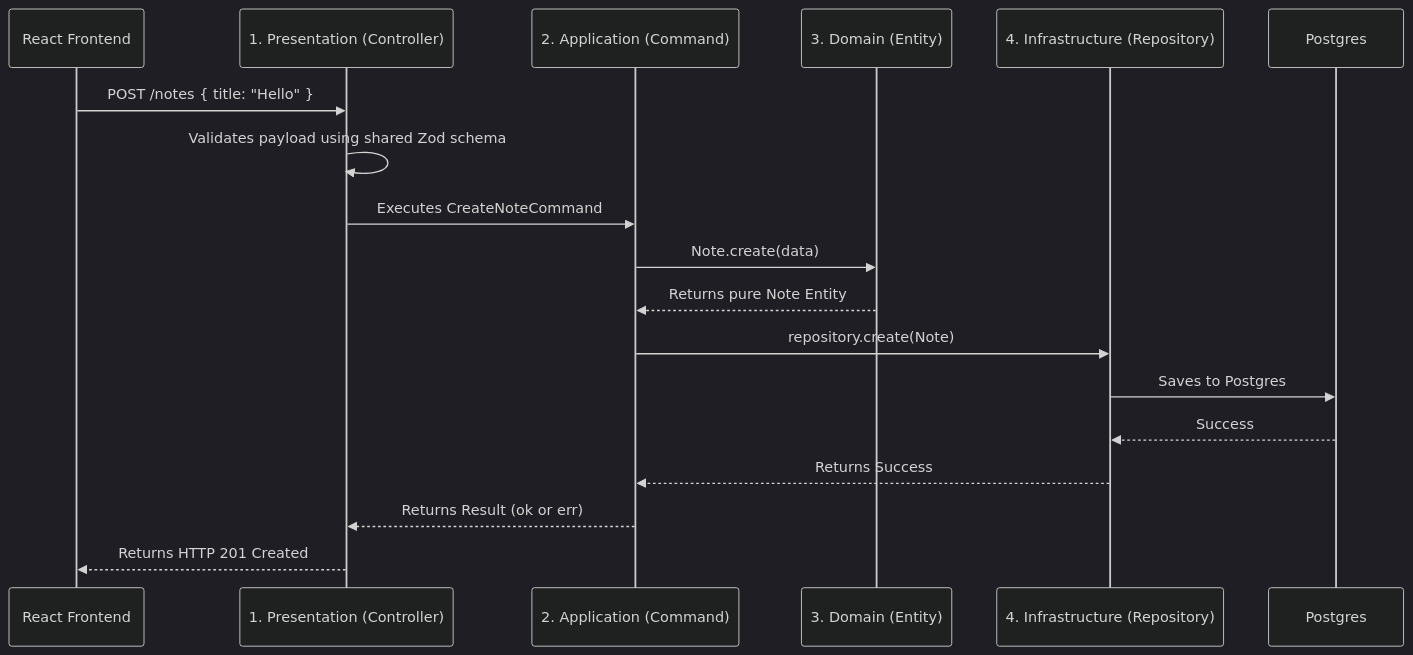
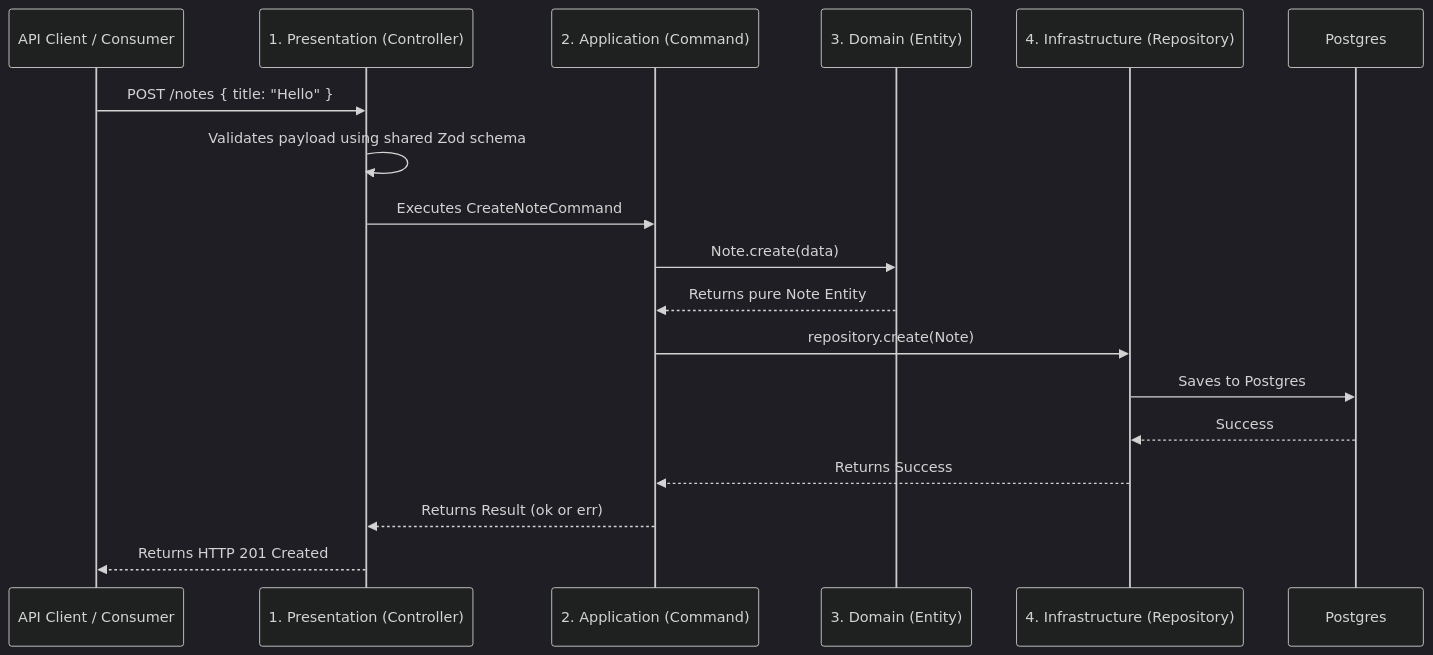
The third of 3 diagrams in ARCHITECTURE.md (ihssmaheel-dev/modular-monolith-architecture), drawn with Mermaid (dark theme) before and after one commit. The commit also changed other lines of this file and 91 other files, not shown here.

Commit message:
docs: update documentation to reflect modular backend architecture

````diff
--- a/ARCHITECTURE.md
+++ b/ARCHITECTURE.md
@@ -136,21 +111,21 @@
 ```mermaid
 sequenceDiagram
-    participant User as React Frontend
+    participant Client as API Client / Consumer
     participant C as 1. Presentation (Controller)
     participant A as 2. Application (Command)
     participant D as 3. Domain (Entity)
     participant I as 4. Infrastructure (Repository)
     participant DB as Postgres
 
-    User->>C: POST /notes { title: "Hello" }
+    Client->>C: POST /notes { title: "Hello" }
     C->>C: Validates payload using shared Zod schema
     C->>A: Executes CreateNoteCommand
     A->>D: Note.create(data)
     D-->>A: Returns pure Note Entity
     A->>I: repository.create(Note)
     I->>DB: Saves to Postgres
     DB-->>I: Success
     I-->>A: Returns Success
     A-->>C: Returns Result (ok or err)
-    C-->>User: Returns HTTP 201 Created
+    C-->>Client: Returns HTTP 201 Created
 ```
````
